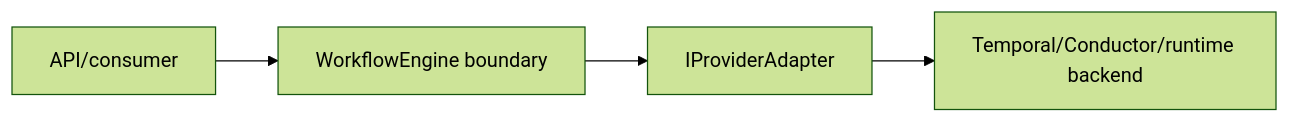
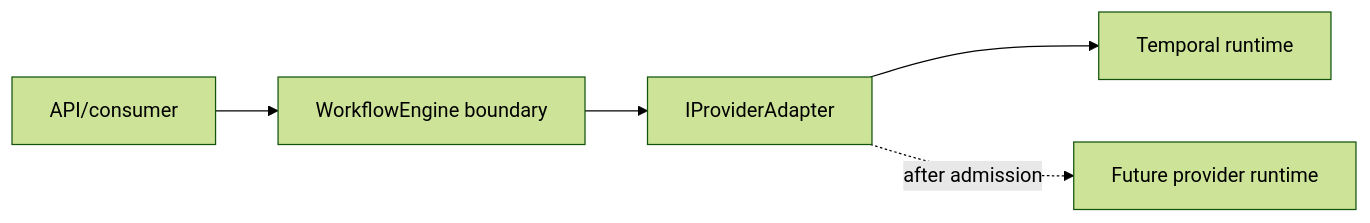
The diagram in docs/guides/workflow-engine-user-manual.v1.md (dunay2/dvt), drawn with Mermaid (forest theme) before and after one commit. The commit also changed other lines of this file and 2 other files, not shown here.

Commit message:
docs(docs): Align active provider manuals

````diff
--- a/docs/guides/workflow-engine-user-manual.v1.md
+++ b/docs/guides/workflow-engine-user-manual.v1.md
@@ -84,6 +88,7 @@
 ```mermaid
 flowchart LR
   Caller["API/consumer"] --> Engine["WorkflowEngine boundary"]
   Engine --> Adapter["IProviderAdapter"]
-  Adapter --> Runtime["Temporal/Conductor/runtime backend"]
+  Adapter --> Runtime["Temporal runtime"]
+  Adapter -. after admission .-> FutureRuntime["Future provider runtime"]
 ```
````
